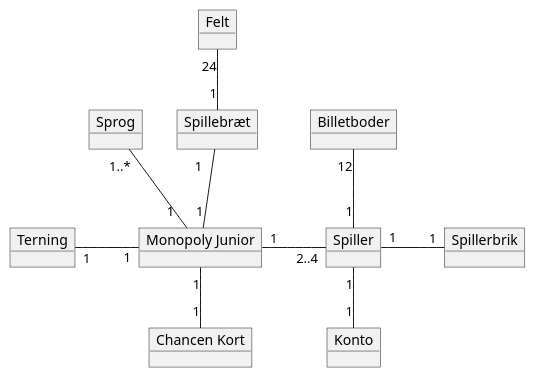
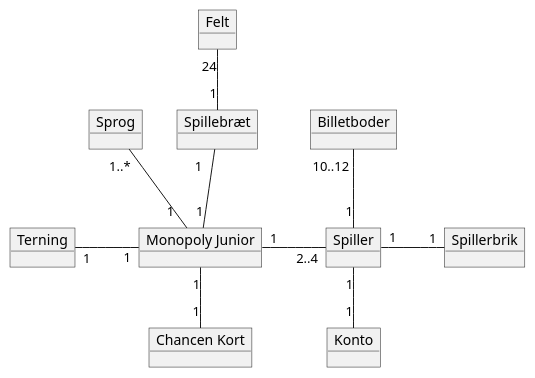
The diagram in diagrams/DM_Diagram.puml (Greve2001/CDIO3), drawn with PlantUML before and after one commit.

Commit message:
opdateret DM i forhold til billetboder til 10..12

```diff
--- a/diagrams/DM_Diagram.puml
+++ b/diagrams/DM_Diagram.puml
@@ -1,25 +1,25 @@
 @startuml
 'https://plantuml.com/object-diagram
 
 object Spillerbrik
 object Spiller
 object Terning
 object Sprog
 object "Monopoly Junior" as game
 object Konto
 object "Spillebræt" as board
 object Felt
 object "Chancen Kort" as chance
 object Billetboder
 
 chance          "1"         -up-        "1"                 game
 Sprog           "1..*"      --          "1  "               game
 Felt            "24"        --          "1"                 board
 board           "1   "      -down-      "1"                 game
 Spiller         "1"         --          "1"                 Konto
 Spiller         "2..4"      -left-      "1"                 game    : \t
 Spiller         "1"         -right-     "1"                 Spillerbrik :\t
-Spiller         "1"           -up-      "12"                Billetboder :\t
+Spiller         "1"         -up-        "10..12"            Billetboder :\t
 Terning         "1    "     -right-     "    1"             game    : \t
 
 @enduml
```
